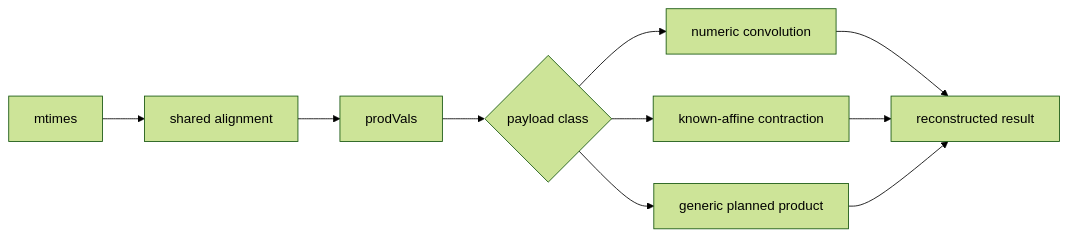
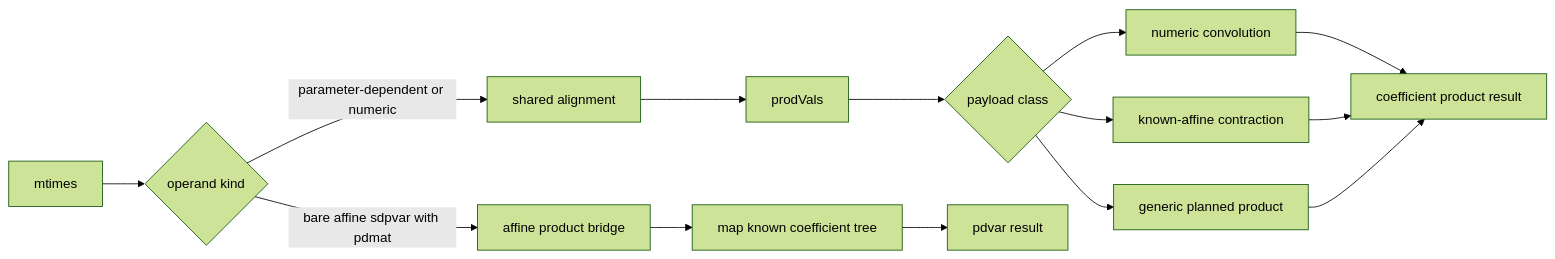
Before and after one commit to TheBigoranger/GriD-LMIA: the diagram in webpage/src/diagrams/call-graphs/multiplication.mmd, drawn with Mermaid (forest theme). The commit also changed 26 other files, not shown here.

```diff
--- a/webpage/src/diagrams/call-graphs/multiplication.mmd
+++ b/webpage/src/diagrams/call-graphs/multiplication.mmd
@@ -1,10 +1,14 @@
 flowchart LR
-  A["mtimes"] --> B["shared alignment"]
-  B --> C["prodVals"]
-  C --> D{"payload class"}
-  D --> E["numeric convolution"]
-  D --> F["known-affine contraction"]
-  D --> G["generic planned product"]
-  E --> H["reconstructed result"]
-  F --> H
-  G --> H
+  A["mtimes"] --> B{"operand kind"}
+  B -->|"parameter-dependent or numeric"| C["shared alignment"]
+  C --> D["prodVals"]
+  D --> E{"payload class"}
+  E --> F["numeric convolution"]
+  E --> G["known-affine contraction"]
+  E --> H["generic planned product"]
+  F --> I["coefficient product result"]
+  G --> I
+  H --> I
+  B -->|"bare affine sdpvar with pdmat"| J["affine product bridge"]
+  J --> K["map known coefficient tree"]
+  K --> L["pdvar result"]
```
